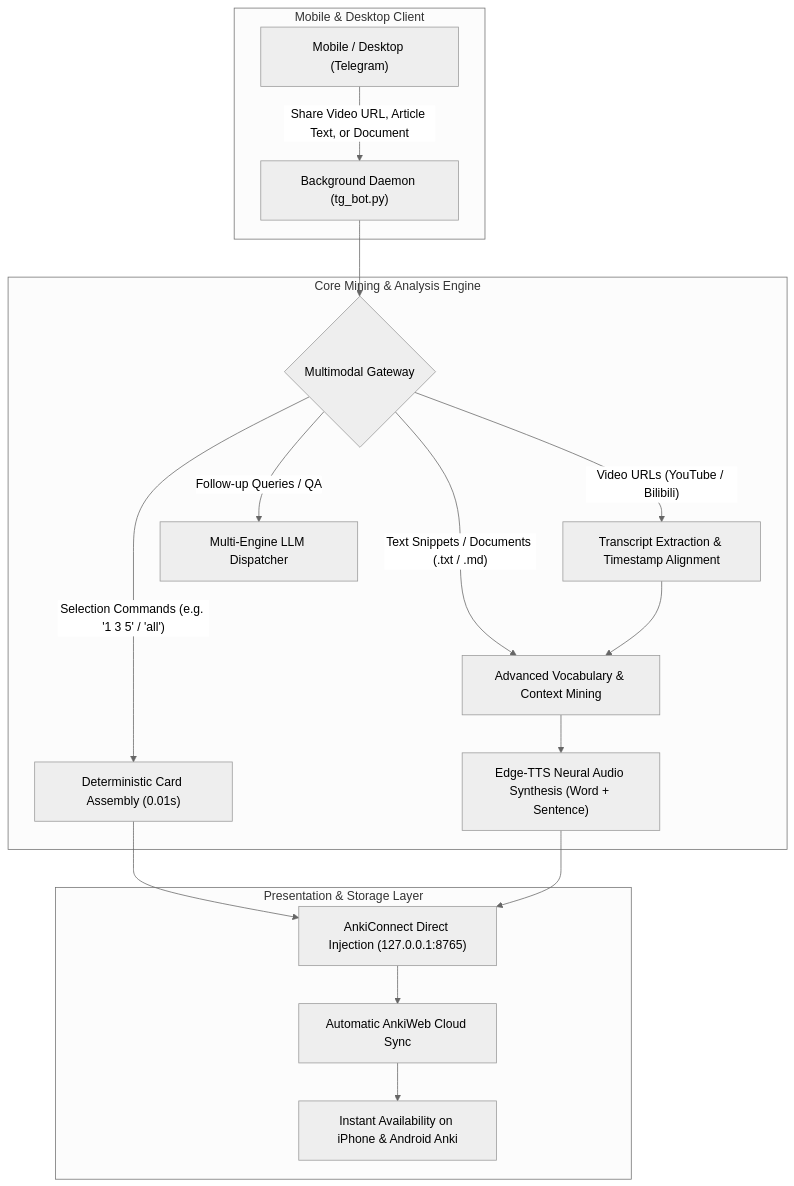
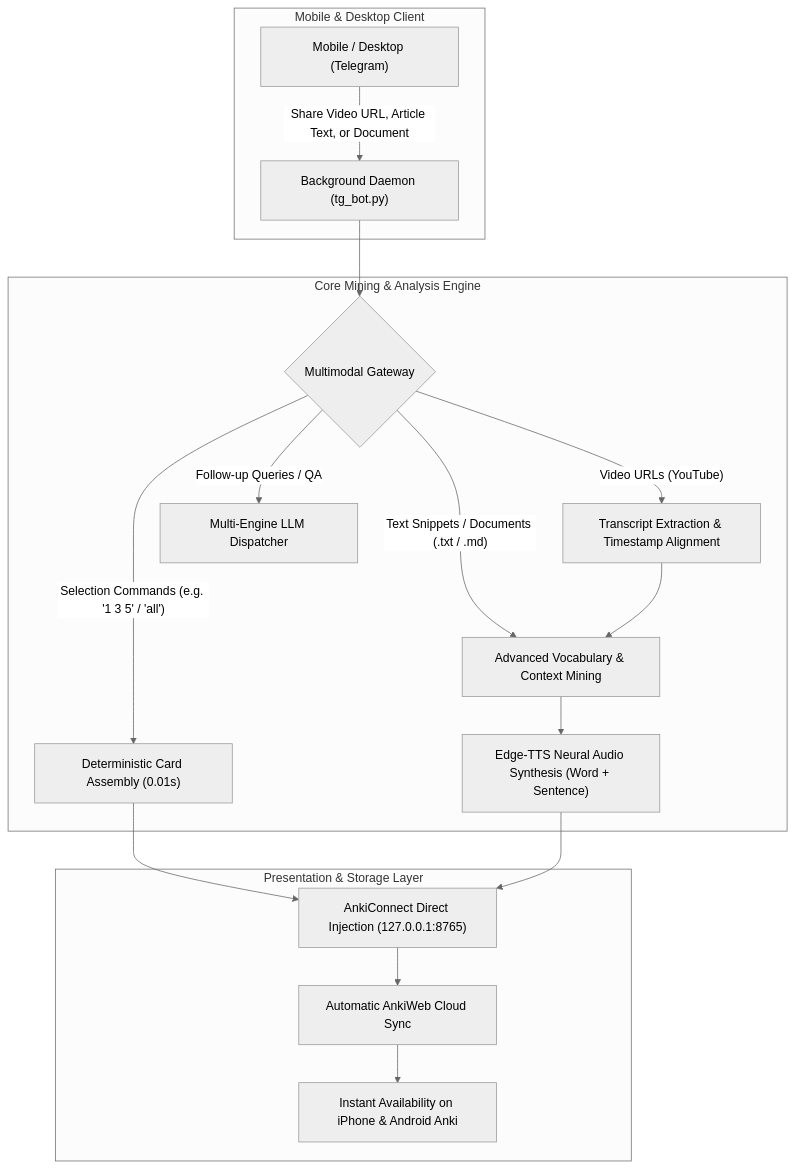
The diagram in README_EN.md (chase-yuan/anki-context-miner), drawn with Mermaid (neutral theme) before and after one commit. The commit also changed other lines of this file and 4 other files, not shown here.

````diff
--- a/README_EN.md
+++ b/README_EN.md
@@ -25,23 +25,23 @@
 ```mermaid
 flowchart TD
     subgraph "Mobile & Desktop Client"
         A["Mobile / Desktop (Telegram)"] -->|"Share Video URL, Article Text, or Document"| B["Background Daemon (tg_bot.py)"]
     end
 
     subgraph "Core Mining & Analysis Engine"
         B --> C{"Multimodal Gateway"}
-        C -->|"Video URLs (YouTube / Bilibili)"| D["Transcript Extraction & Timestamp Alignment"]
+        C -->|"Video URLs (YouTube)"| D["Transcript Extraction & Timestamp Alignment"]
         C -->|"Text Snippets / Documents (.txt / .md)"| E["Advanced Vocabulary & Context Mining"]
         C -->|"Selection Commands (e.g. '1 3 5' / 'all')"| F["Deterministic Card Assembly (0.01s)"]
         C -->|"Follow-up Queries / QA"| G["Multi-Engine LLM Dispatcher"]
         D --> E
         E --> H["Edge-TTS Neural Audio Synthesis (Word + Sentence)"]
     end
 
     subgraph "Presentation & Storage Layer"
         F --> I["AnkiConnect Direct Injection (127.0.0.1:8765)"]
         H --> I
         I --> J["Automatic AnkiWeb Cloud Sync"]
         J --> K["Instant Availability on iPhone & Android Anki"]
     end
 ```
````
